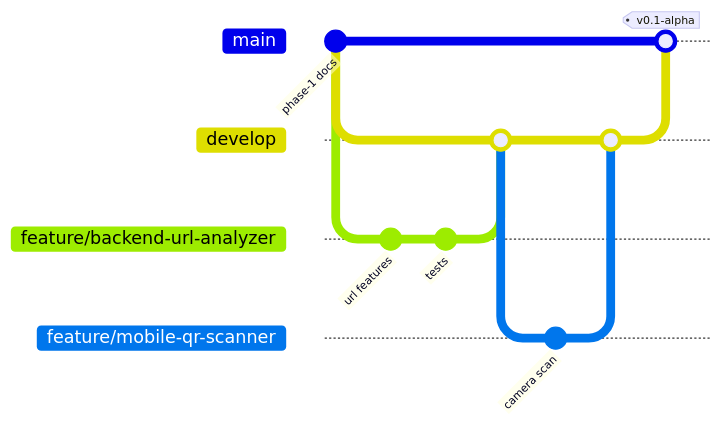
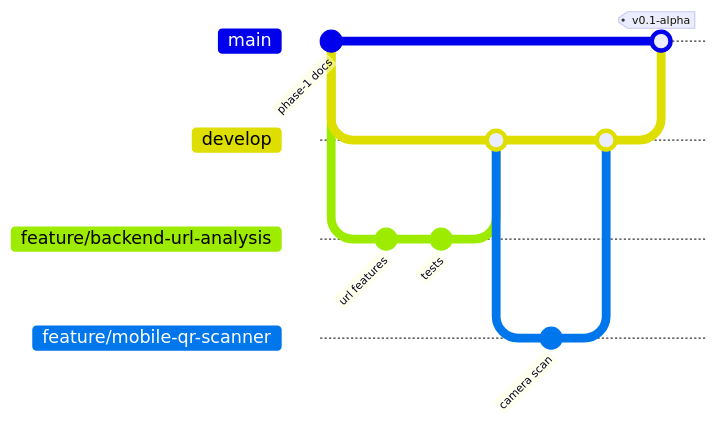
The diagram in docs/git-workflow.md (Spandan314/QRGUARD), drawn with Mermaid before and after one commit. The commit also changed other lines of this file and 48 other files, not shown here.

````diff
--- a/docs/git-workflow.md
+++ b/docs/git-workflow.md
@@ -32,17 +43,17 @@
 ```mermaid
 gitGraph
   commit id: "phase-1 docs"
   branch develop
   checkout develop
-  branch feature/backend-url-analyzer
+  branch feature/backend-url-analysis
   commit id: "url features"
   commit id: "tests"
   checkout develop
-  merge feature/backend-url-analyzer
+  merge feature/backend-url-analysis
   branch feature/mobile-qr-scanner
   commit id: "camera scan"
   checkout develop
   merge feature/mobile-qr-scanner
   checkout main
   merge develop tag: "v0.1-alpha"
 ```
````
